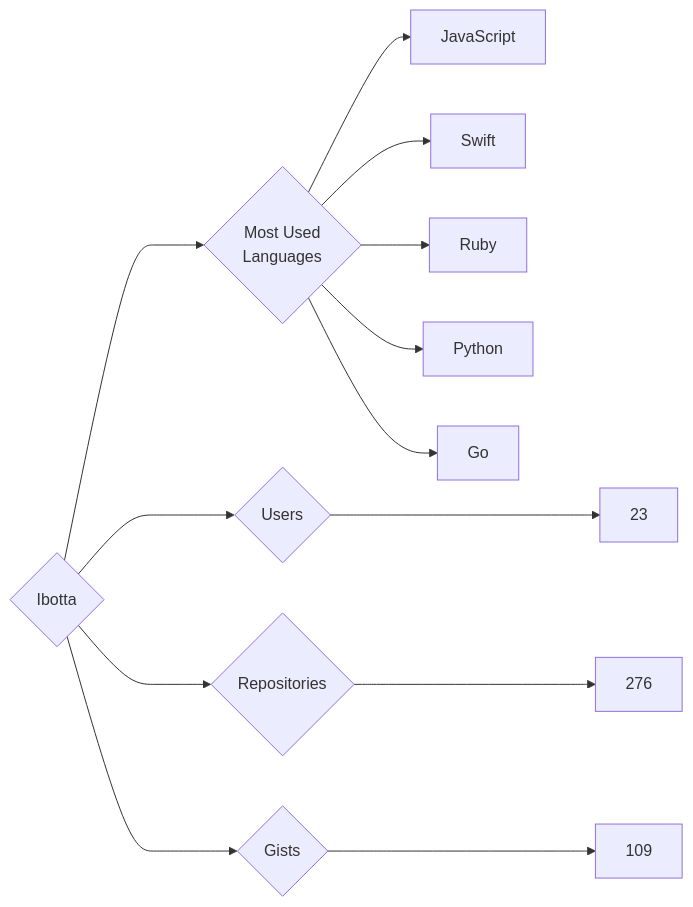
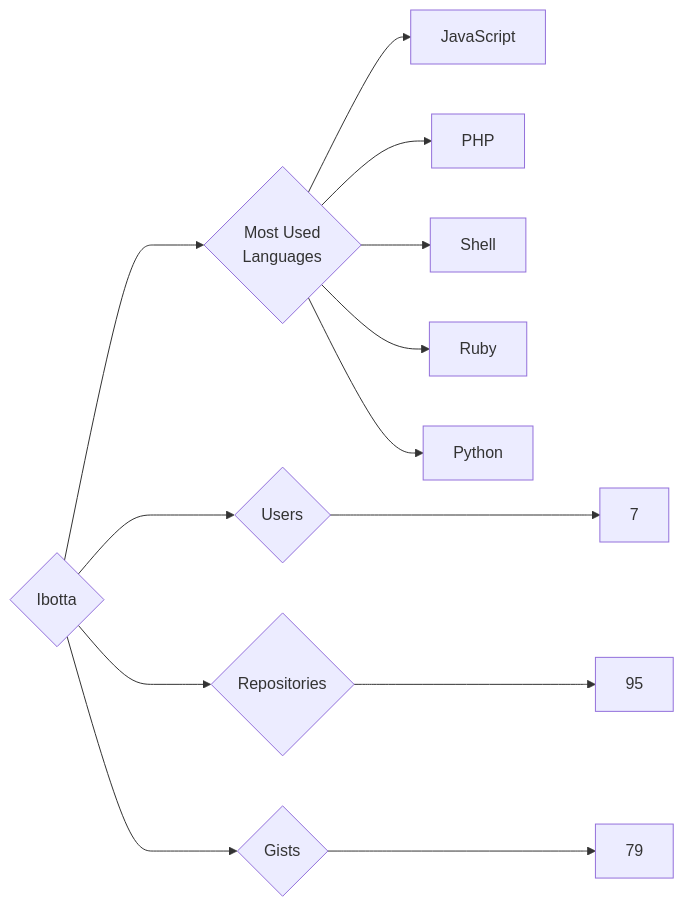
The diagram in targets/Ibotta/README.md (trickest/insiders), drawn with Mermaid before and after one commit. The commit also changed 872 other files, not shown here.

````diff
--- a/targets/Ibotta/README.md
+++ b/targets/Ibotta/README.md
@@ -3,13 +3,13 @@
 ```mermaid
 graph LR
 COMPANY_NAME{Ibotta}
-COMPANY_NAME ---> U{Users} ---> UN[23]
-COMPANY_NAME ---> R{Repositories} ---> RN[276]
-COMPANY_NAME ---> G{Gists} ---> GN[109]
+COMPANY_NAME ---> U{Users} ---> UN[7]
+COMPANY_NAME ---> R{Repositories} ---> RN[95]
+COMPANY_NAME ---> G{Gists} ---> GN[79]
 COMPANY_NAME ---> ML{Most Used<br>Languages}
 ML --> JavaScript[JavaScript]
-ML --> Swift[Swift]
+ML --> PHP[PHP]
+ML --> Shell[Shell]
 ML --> Ruby[Ruby]
 ML --> Python[Python]
-ML --> Go[Go]
 ```
````
